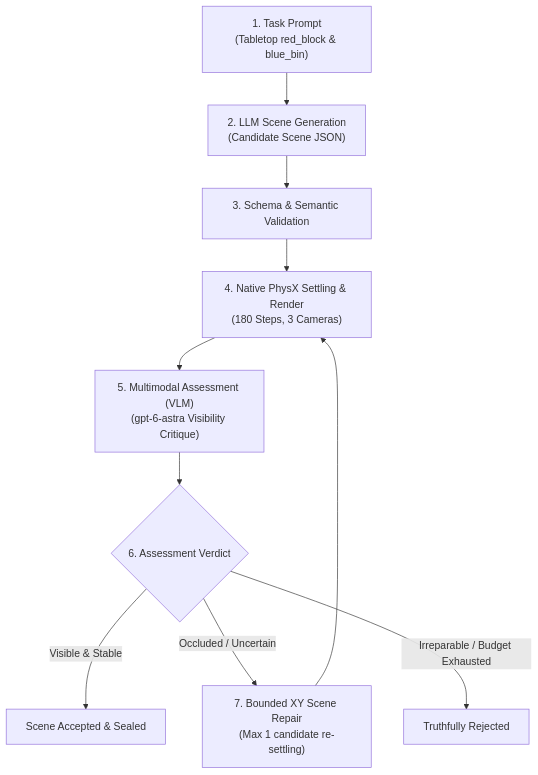
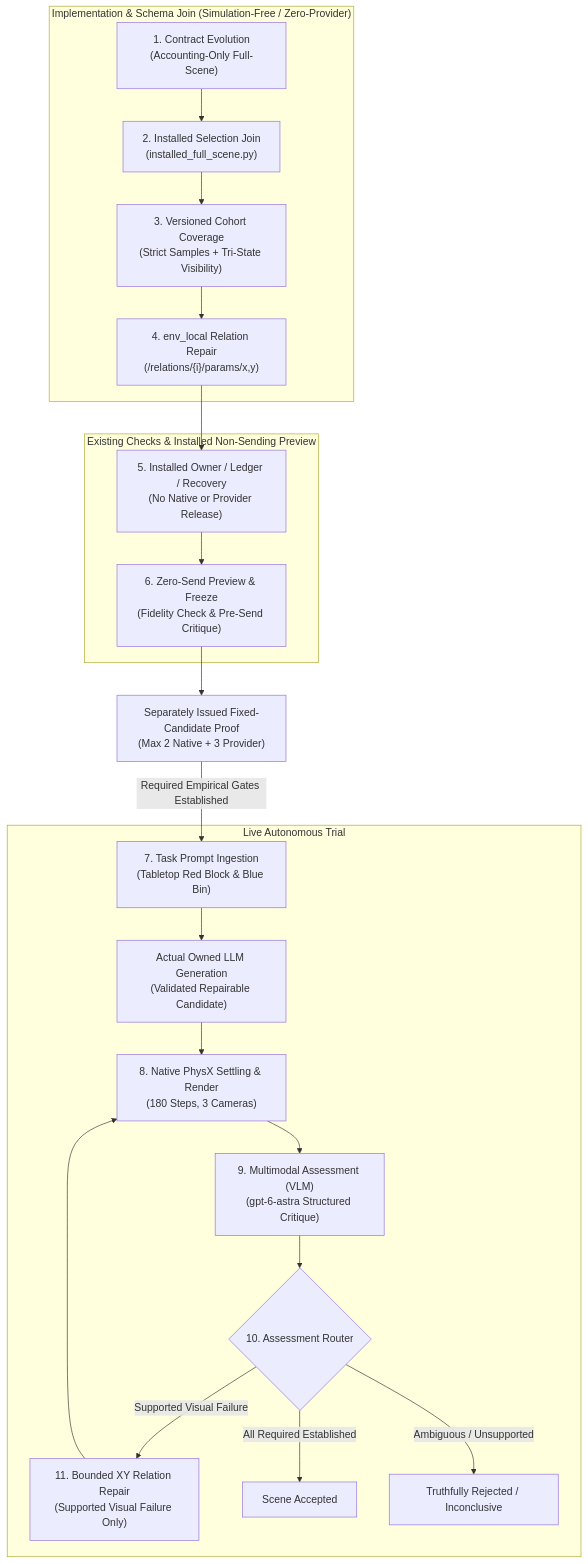
Before and after one commit to boredengineering/IsaacLab-Arena: the diagram in .agents/references/plans/plan04_implementation/03-full-scene-workflow.md, drawn with Mermaid. The commit also changed other lines of this file and 3 other files, not shown here.

Commit message:
reviewing plan for full scene

````diff
--- a/.agents/references/plans/plan04_implementation/03-full-scene-workflow.md
+++ b/.agents/references/plans/plan04_implementation/03-full-scene-workflow.md
@@ -28,12 +37,36 @@
 ```mermaid
 flowchart TD
-    Prompt["1. Task Prompt<br/>(Tabletop red_block & blue_bin)"] --> LLMGen["2. LLM Scene Generation<br/>(Candidate Scene JSON)"]
-    LLMGen --> SchemaVal["3. Schema & Semantic Validation"]
-    SchemaVal --> PhysX["4. Native PhysX Settling & Render<br/>(180 Steps, 3 Cameras)"]
-    PhysX --> Visual["5. Multimodal Assessment (VLM)<br/>(gpt-6-astra Visibility Critique)"]
-    Visual --> Decision{"6. Assessment Verdict"}
-    Decision -->|Visible & Stable| Accepted["Scene Accepted & Sealed"]
-    Decision -->|Occluded / Uncertain| Repair["7. Bounded XY Scene Repair<br/>(Max 1 candidate re-settling)"]
-    Repair --> PhysX
-    Decision -->|Irreparable / Budget Exhausted| Rejected["Truthfully Rejected"]
+    subgraph ImplementationJoin["Implementation & Schema Join (Simulation-Free / Zero-Provider)"]
+        Contracts["1. Contract Evolution<br/>(Accounting-Only Full-Scene)"]
+        InstalledConfig["2. Installed Selection Join<br/>(installed_full_scene.py)"]
+        EvidenceSchema["3. Versioned Cohort Coverage<br/>(Strict Samples + Tri-State Visibility)"]
+        RepairSchema["4. env_local Relation Repair<br/>(/relations/{i}/params/x,y)"]
+    end
+
+    subgraph ExistingChecks["Existing Checks & Installed Non-Sending Preview"]
+        CheckedBoundary["5. Installed Owner / Ledger / Recovery<br/>(No Native or Provider Release)"]
+        ZeroSend["6. Zero-Send Preview & Freeze<br/>(Fidelity Check & Pre-Send Critique)"]
+    end
+
+    FixedProof["Separately Issued Fixed-Candidate Proof<br/>(Max 2 Native + 3 Provider)"]
+
+    subgraph LiveProof["Live Autonomous Trial"]
+        Prompt["7. Task Prompt Ingestion<br/>(Tabletop Red Block & Blue Bin)"]
+        Generation["Actual Owned LLM Generation<br/>(Validated Repairable Candidate)"]
+        PhysX["8. Native PhysX Settling & Render<br/>(180 Steps, 3 Cameras)"]
+        VLM["9. Multimodal Assessment (VLM)<br/>(gpt-6-astra Structured Critique)"]
+        Decision{"10. Assessment Router"}
+        Repair["11. Bounded XY Relation Repair<br/>(Supported Visual Failure Only)"]
+        Accepted["Scene Accepted"]
+        Rejected["Truthfully Rejected / Inconclusive"]
+    end
+
+    Contracts --> InstalledConfig --> EvidenceSchema --> RepairSchema
+    RepairSchema --> CheckedBoundary --> ZeroSend
+    ZeroSend --> FixedProof
+    FixedProof -->|Required Empirical Gates Established| Prompt
+    Prompt --> Generation --> PhysX --> VLM --> Decision
+    Decision -->|All Required Established| Accepted
+    Decision -->|Supported Visual Failure| Repair --> PhysX
+    Decision -->|Ambiguous / Unsupported| Rejected
 ```
````
